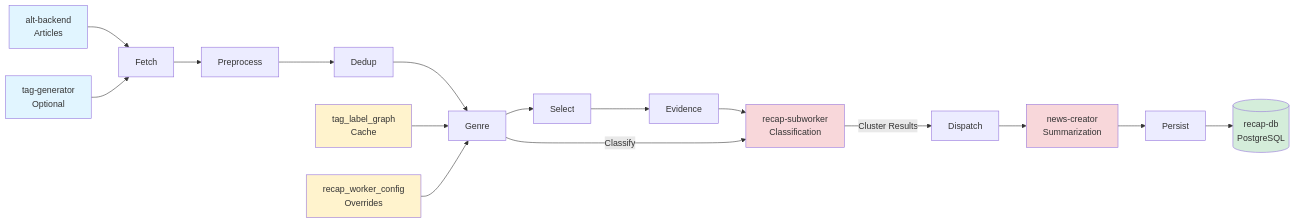
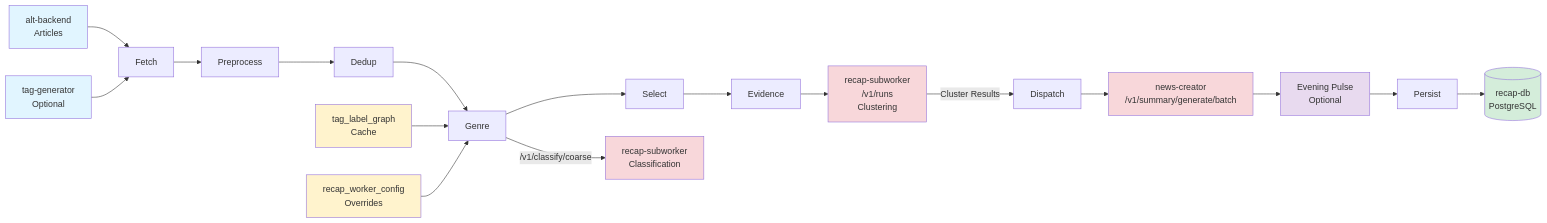
Before and after one commit to Kaikei-e/Alt: the second of 2 diagrams in docs/services/recap-worker.md, drawn with Mermaid. The commit also changed other lines of this file and 29 other files, not shown here.

````diff
--- a/docs/services/recap-worker.md
+++ b/docs/services/recap-worker.md
@@ -167,35 +260,37 @@
 ```mermaid
 flowchart LR
     AltBackend[alt-backend<br/>Articles] --> Fetch[Fetch]
     TagGen[tag-generator<br/>Optional] --> Fetch
 
     Fetch --> Preprocess[Preprocess]
     Preprocess --> Dedup[Dedup]
     Dedup --> Genre[Genre]
 
     Genre --> Select[Select]
     Select --> Evidence[Evidence]
 
-    Evidence --> Subworker[recap-subworker<br/>Clustering]
+    Evidence --> SubCluster[recap-subworker<br/>/v1/runs<br/>Clustering]
 
-    %% Added Classification Flow
-    Genre -- Classify --> Subworker[recap-subworker<br/>Classification]
+    Genre -- /v1/classify/coarse --> SubClassify[recap-subworker<br/>Classification]
 
-    Subworker -- Cluster Results --> Dispatch[Dispatch]
-    Dispatch --> NewsCreator[news-creator<br/>Summarization]
+    SubCluster -- Cluster Results --> Dispatch[Dispatch]
+    Dispatch --> NewsCreator[news-creator<br/>/v1/summary/generate/batch]
 
-    NewsCreator --> Persist[Persist]
+    NewsCreator --> Pulse[Evening Pulse<br/>Optional]
+    Pulse --> Persist[Persist]
 
     Persist --> RecapDB[(recap-db<br/>PostgreSQL)]
 
     GraphCache[tag_label_graph<br/>Cache] --> Genre
     Config[recap_worker_config<br/>Overrides] --> Genre
 
     style AltBackend fill:#e1f5ff
     style TagGen fill:#e1f5ff
-    style Subworker fill:#f8d7da
+    style SubCluster fill:#f8d7da
+    style SubClassify fill:#f8d7da
     style NewsCreator fill:#f8d7da
     style RecapDB fill:#d4edda
     style GraphCache fill:#fff3cd
     style Config fill:#fff3cd
+    style Pulse fill:#e8daef
 ```
````
